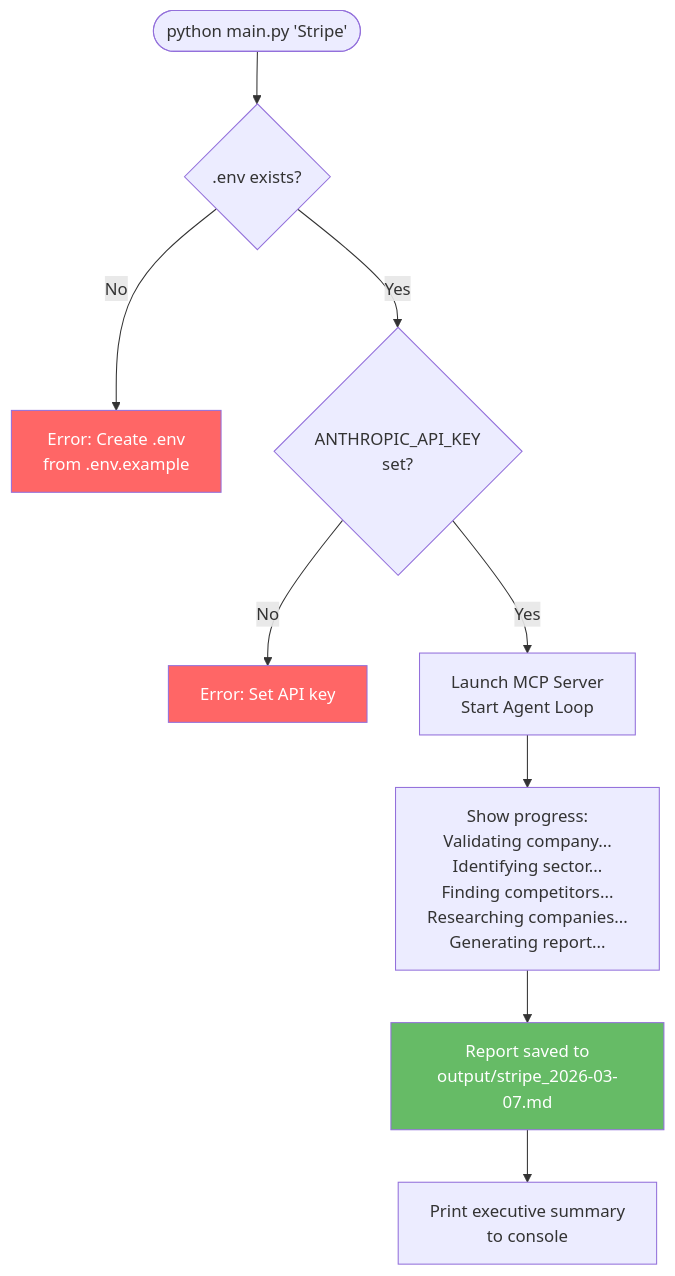
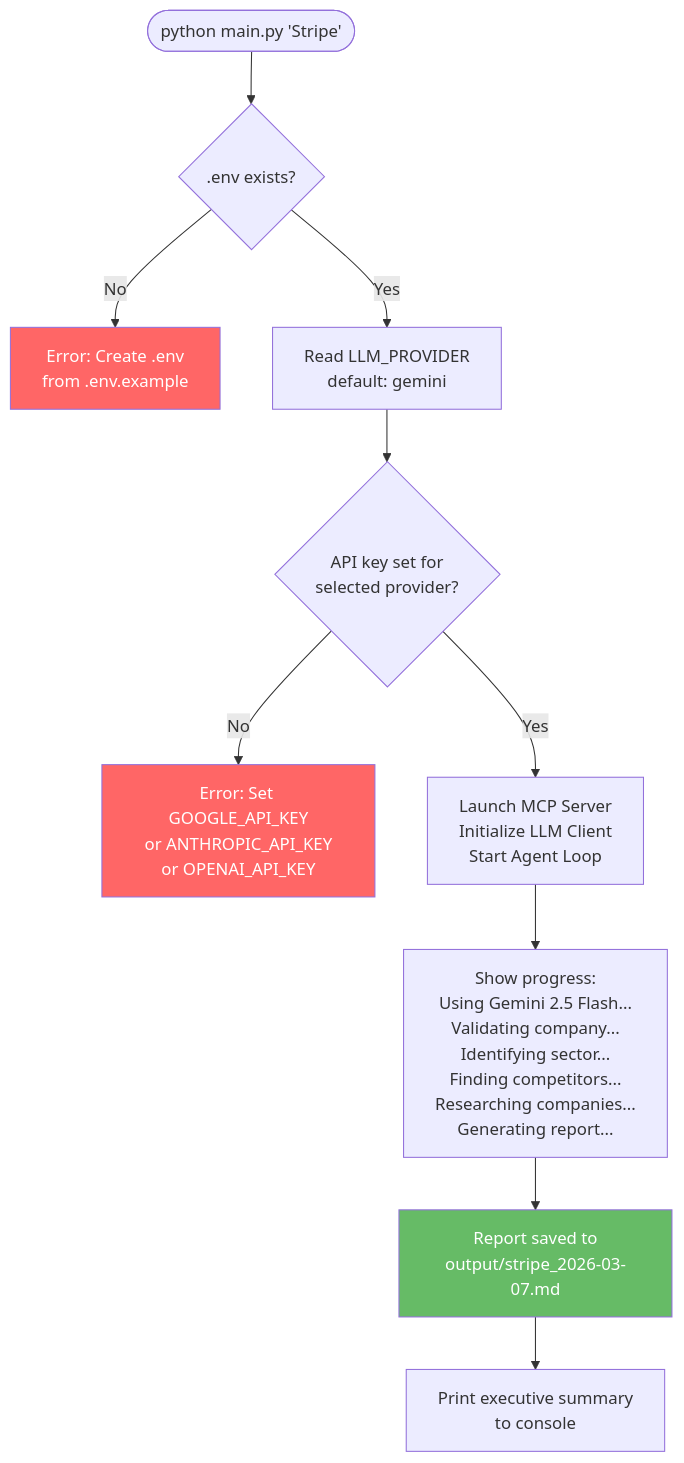
Before and after one commit to mondweep/vibe-cast: the sixth of 7 diagrams in input/implementation-plan.md, drawn with Mermaid. The commit also changed other lines of this file and 1 other file, not shown here.

First line of the commit message:
Add multi-provider LLM support (Gemini/Claude/OpenAI)

````diff
--- a/input/implementation-plan.md
+++ b/input/implementation-plan.md
@@ -300,15 +316,16 @@
 ```mermaid
 flowchart TD
     START([python main.py 'Stripe']) --> ENV{.env exists?}
     ENV -->|No| ERR1[Error: Create .env<br/>from .env.example]
-    ENV -->|Yes| KEY{ANTHROPIC_API_KEY<br/>set?}
-    KEY -->|No| ERR2[Error: Set API key]
-    KEY -->|Yes| RUN[Launch MCP Server<br/>Start Agent Loop]
-    RUN --> PROG[Show progress:<br/>Validating company...<br/>Identifying sector...<br/>Finding competitors...<br/>Researching companies...<br/>Generating report...]
+    ENV -->|Yes| PROV[Read LLM_PROVIDER<br/>default: gemini]
+    PROV --> KEY{API key set for<br/>selected provider?}
+    KEY -->|No| ERR2[Error: Set GOOGLE_API_KEY<br/>or ANTHROPIC_API_KEY<br/>or OPENAI_API_KEY]
+    KEY -->|Yes| RUN[Launch MCP Server<br/>Initialize LLM Client<br/>Start Agent Loop]
+    RUN --> PROG[Show progress:<br/>Using Gemini 2.5 Flash...<br/>Validating company...<br/>Identifying sector...<br/>Finding competitors...<br/>Researching companies...<br/>Generating report...]
     PROG --> DONE[Report saved to<br/>output/stripe_2026-03-07.md]
     DONE --> SUM[Print executive summary<br/>to console]
 
     style ERR1 fill:#f66,color:#fff
     style ERR2 fill:#f66,color:#fff
     style DONE fill:#6b6,color:#fff
 ```
````
